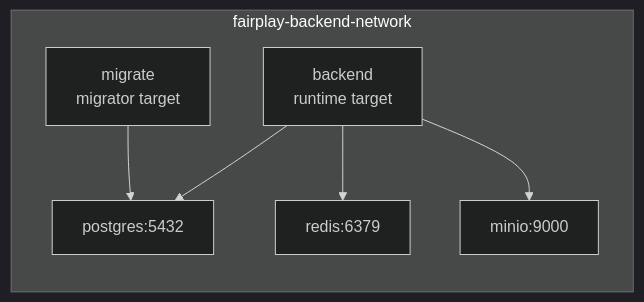
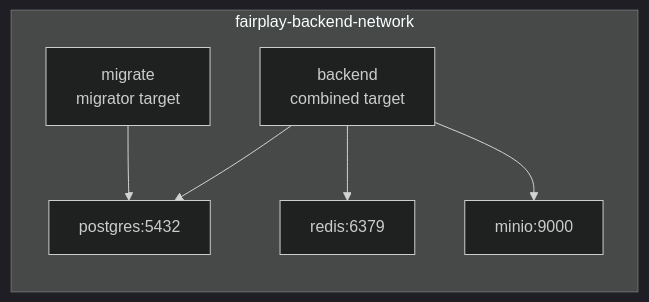
The fourth of 8 diagrams in ARCHITECTURE.md (FairPlayTeam/ts-backend), drawn with Mermaid (dark theme) before and after one commit. The commit also changed other lines of this file and 25 other files, not shown here.

````diff
--- a/ARCHITECTURE.md
+++ b/ARCHITECTURE.md
@@ -136,15 +135,15 @@
 ```mermaid
 flowchart LR
-backend["backend<br/>runtime target"] --> postgres["postgres:5432"]
+backend["backend<br/>combined target"] --> postgres["postgres:5432"]
 backend --> redis["redis:6379"]
 backend --> minio["minio:9000"]
 migrate["migrate<br/>migrator target"] --> postgres
 
 subgraph network["fairplay-backend-network"]
 backend
 migrate
 postgres
 redis
 minio
 end
 ```
````
